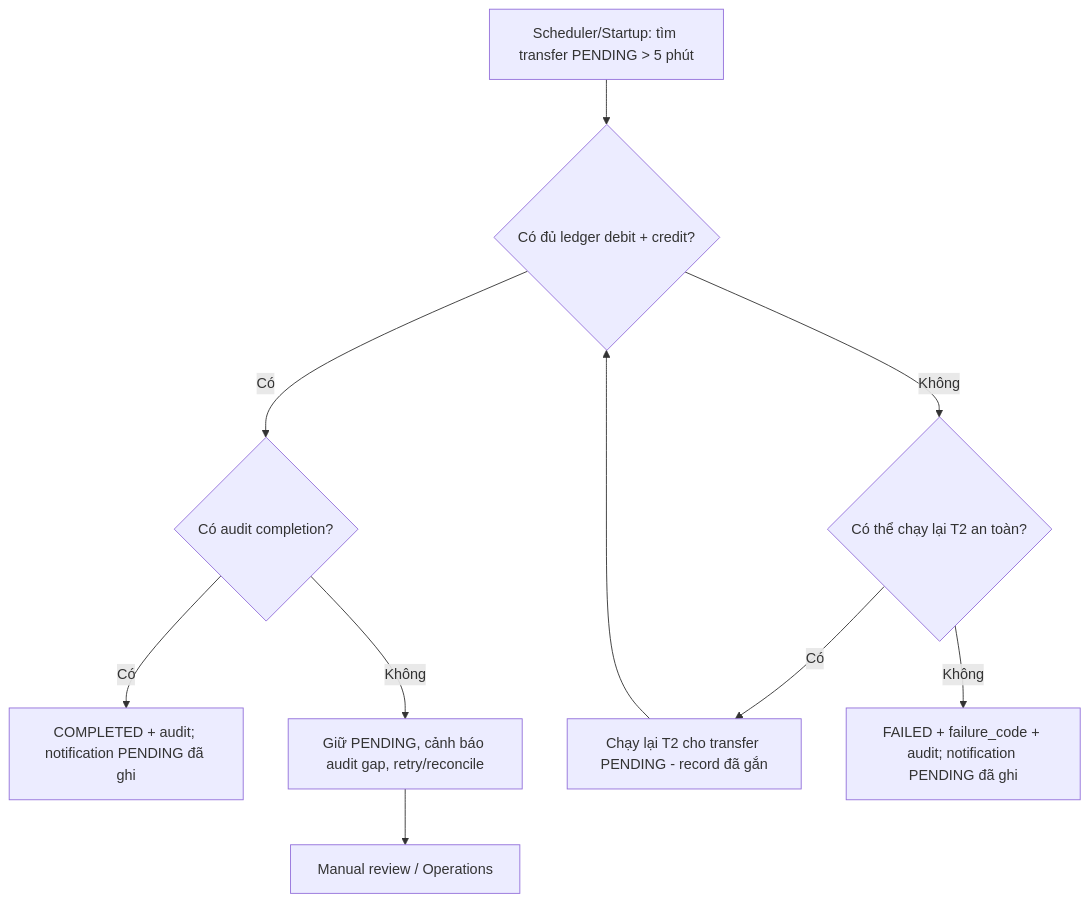
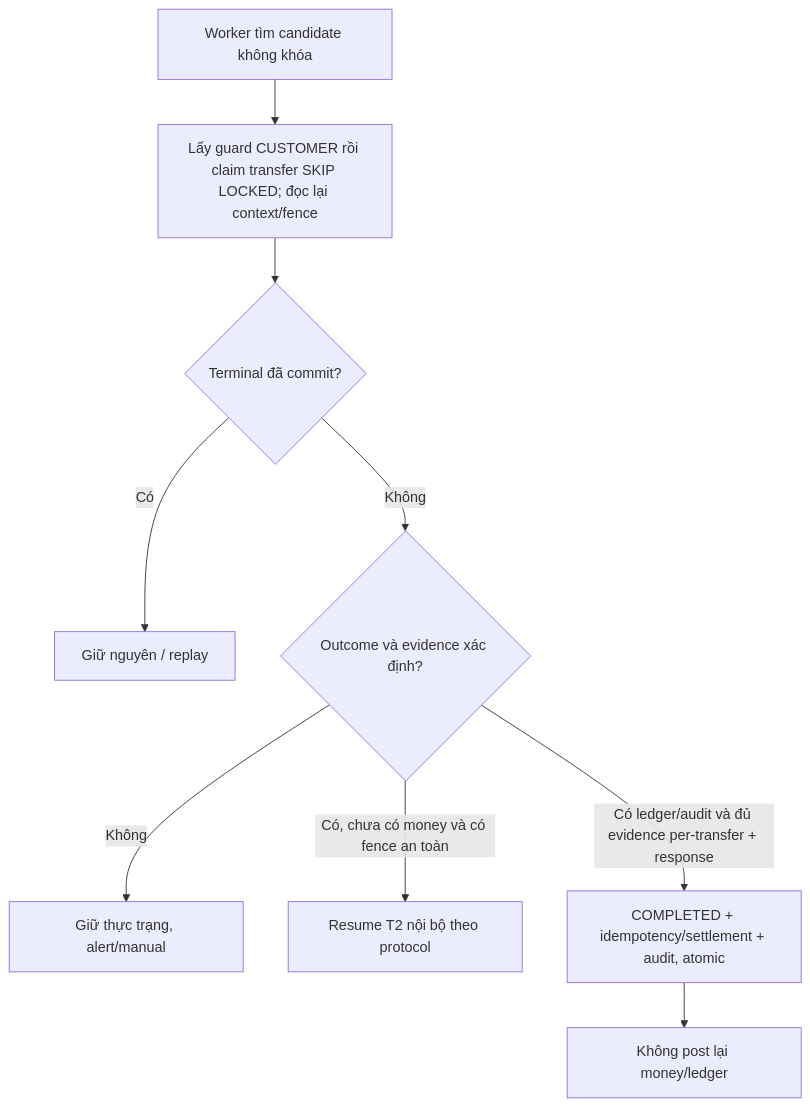
One commit to TNoLisme/cloude changed the fourth of 6 diagrams in digitalbanking-docs/docs-common/06. System architecture.md. Above: the diagram before and after it, drawn with Mermaid. The commit also changed other lines of this file and 22 other files, not shown here.

````diff
--- a/digitalbanking-docs/docs-common/06. System architecture.md
+++ b/digitalbanking-docs/docs-common/06. System architecture.md
@@ -525,12 +516,11 @@
 ```mermaid
 flowchart TD
-    A["Scheduler/Startup: tìm transfer PENDING > 5 phút"] --> B{"Có đủ ledger debit + credit?"}
-    B -- Có --> C{"Có audit completion?"}
-    C -- Có --> D["COMPLETED + audit; notification PENDING đã ghi"]
-    C -- Không --> E["Giữ PENDING, cảnh báo audit gap, retry/reconcile"]
-    B -- Không --> F{"Có thể chạy lại T2 an toàn?"}
-    F -- Có --> G["Chạy lại T2 cho transfer PENDING - record đã gắn"]
-    F -- Không --> H["FAILED + failure_code + audit; notification PENDING đã ghi"]
-    G --> B
-    E --> I["Manual review / Operations"]
+    A["Worker tìm candidate không khóa"] --> B["Lấy guard CUSTOMER rồi claim transfer SKIP LOCKED; đọc lại context/fence"]
+    B --> C{"Terminal đã commit?"}
+    C -- Có --> D["Giữ nguyên / replay"]
+    C -- Không --> E{"Outcome và evidence xác định?"}
+    E -- Không --> F["Giữ thực trạng, alert/manual"]
+    E -- Có, chưa có money và có fence an toàn --> G["Resume T2 nội bộ theo protocol"]
+    E -- Có ledger/audit và đủ evidence per-transfer + response --> H["COMPLETED + idempotency/settlement + audit, atomic"]
+    H --> I["Không post lại money/ledger"]
 ```
````
